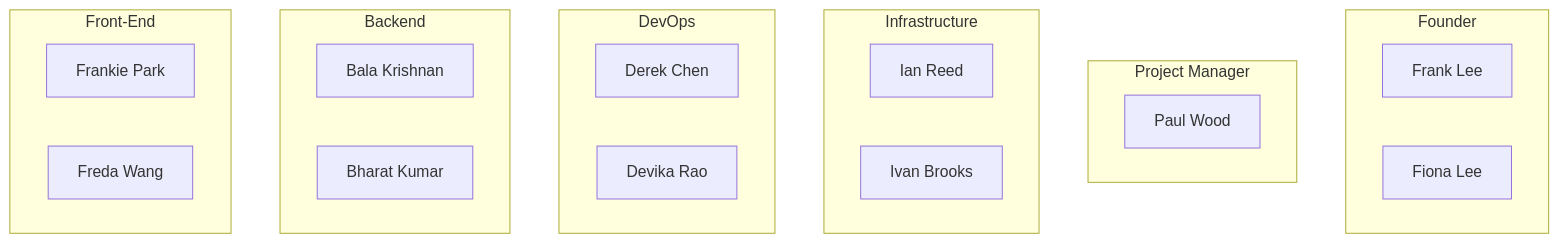
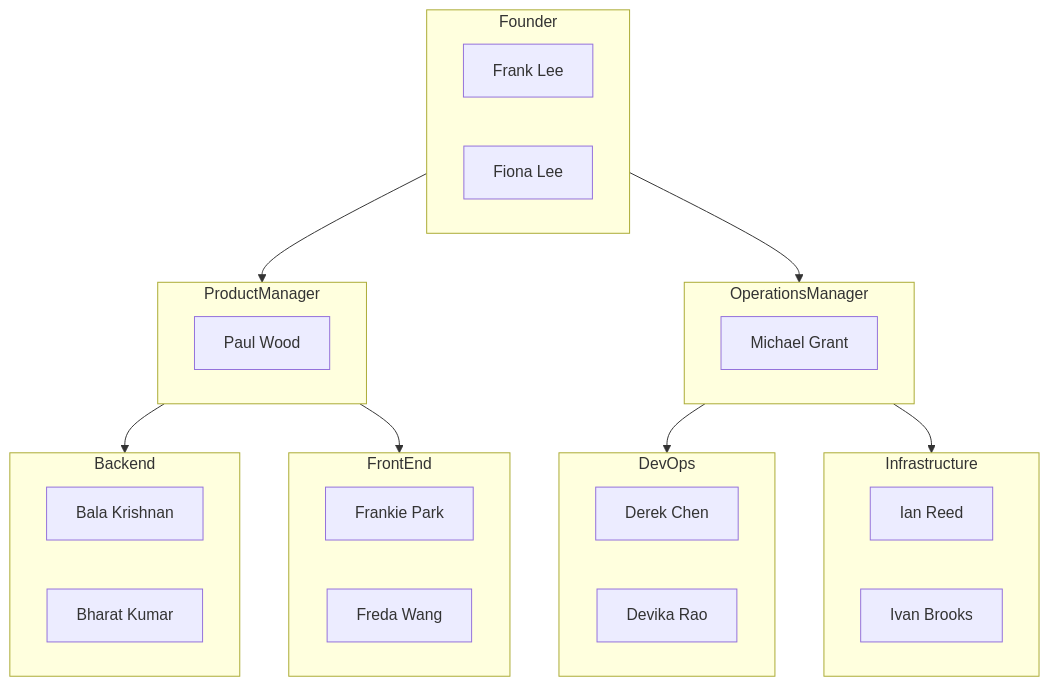
The diagram in team/README.md (plantoncloud-inc/acmecorp), drawn with Mermaid before and after one commit.

Commit message:
added operations manager

````diff
--- a/team/README.md
+++ b/team/README.md
@@ -3,37 +3,50 @@
 ```mermaid
 flowchart TB
     %% Founder
     subgraph Founder
     F2["Frank Lee"]
     F1["Fiona Lee"]
     end
 
-    %% Project Manager
-    subgraph Project Manager
+    %% Product Manager
+    subgraph ProductManager
     PM1["Paul Wood"]
+    end
+
+    %% Operations Manager
+    subgraph OperationsManager
+    OM1["Michael Grant"]
     end
 
     %% Infrastructure (Infra)
     subgraph Infrastructure
     I1["Ian Reed"]
     I2["Ivan Brooks"]
     end
 
     %% DevOps
     subgraph DevOps
     D1["Derek Chen"]
     D2["Devika Rao"]
     end
 
     %% Backend
     subgraph Backend
     B1["Bala Krishnan"]
     B2["Bharat Kumar"]
     end
 
     %% Front-End
-    subgraph Front-End
+    subgraph FrontEnd
     FE1["Frankie Park"]
     FE2["Freda Wang"]
     end
+    
+    %% Connect Founder to all other subgraphs
+    Founder --> ProductManager
+    Founder --> OperationsManager
+    OperationsManager --> DevOps
+    OperationsManager --> Infrastructure
+    ProductManager --> Backend
+    ProductManager --> FrontEnd
 ```
````
